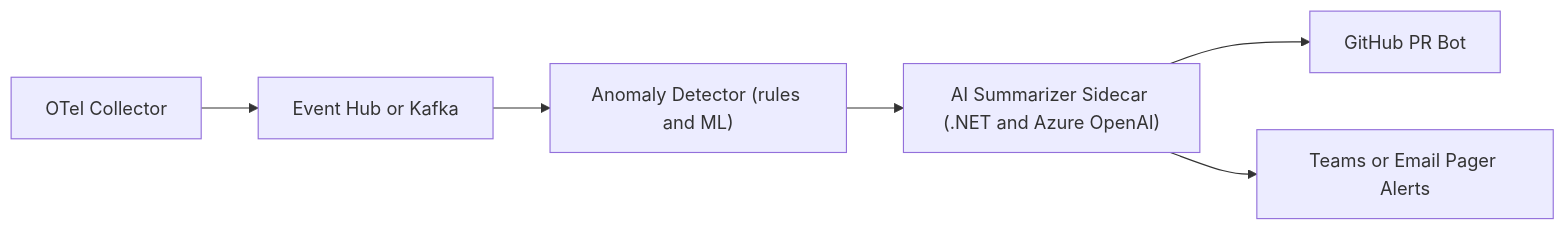
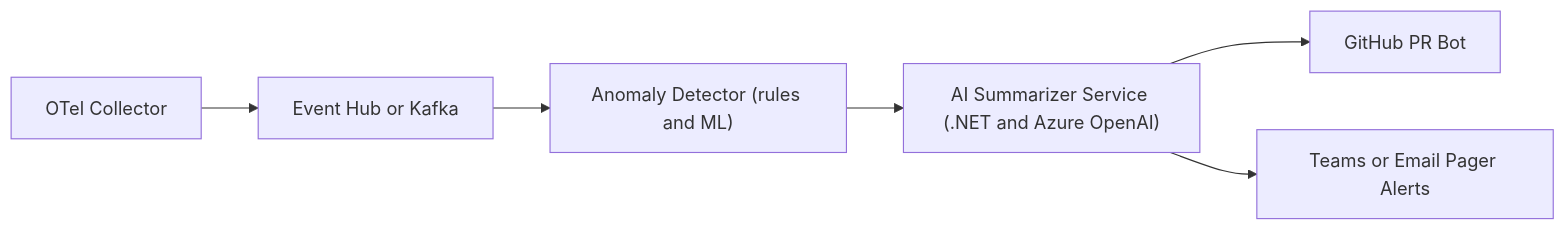
The third of 4 diagrams in docs/arch-overview.md (MatteoRigoni/aegisapi), drawn with Mermaid before and after one commit. The commit also changed other lines of this file and 2 other files, not shown here.

Commit message:
docs: align readme and architecture

````diff
--- a/docs/arch-overview.md
+++ b/docs/arch-overview.md
@@ -55,8 +56,8 @@
 ```mermaid
 flowchart LR
     OTel["OTel Collector"] --> EH["Event Hub or Kafka"]
     EH --> ADSvc["Anomaly Detector (rules and ML)"]
-    ADSvc --> Sidecar["AI Summarizer Sidecar (.NET and Azure OpenAI)"]
-    Sidecar --> GH["GitHub PR Bot"]
-    Sidecar --> Ops["Teams or Email Pager Alerts"]
+    ADSvc --> Summ["AI Summarizer Service (.NET and Azure OpenAI)"]
+    Summ --> GH["GitHub PR Bot"]
+    Summ --> Ops["Teams or Email Pager Alerts"]
 ```
````
